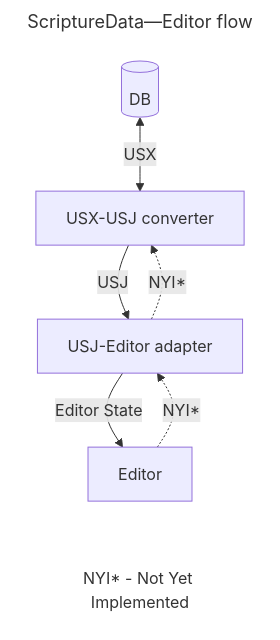
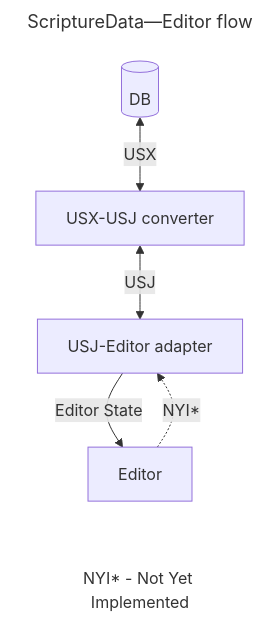
One commit to BiblioNexus-Foundation/scripture-editors changed the diagram in packages/platform/README.md. Above: the diagram before and after it, drawn with Mermaid. The commit also changed other lines of this file and 11 other files, not shown here.

````diff
--- a/packages/platform/README.md
+++ b/packages/platform/README.md
@@ -13,14 +13,13 @@
 ```mermaid
 ---
 title: ScriptureData—Editor flow
 ---
 graph TB
   DB[(DB)] <-- USX --> C
-  C[USX-USJ converter] -- USJ --> A
+  C[USX-USJ converter] <-- USJ --> A
   A[USJ-Editor adapter] -- Editor State --> Editor
-  A -. NYI* .-> C
   Editor -. NYI* .-> A
 
   Editor ~~~ Key[NYI* - Not Yet Implemented]
   style Key fill:#fff,stroke:#fff
 ```
````
